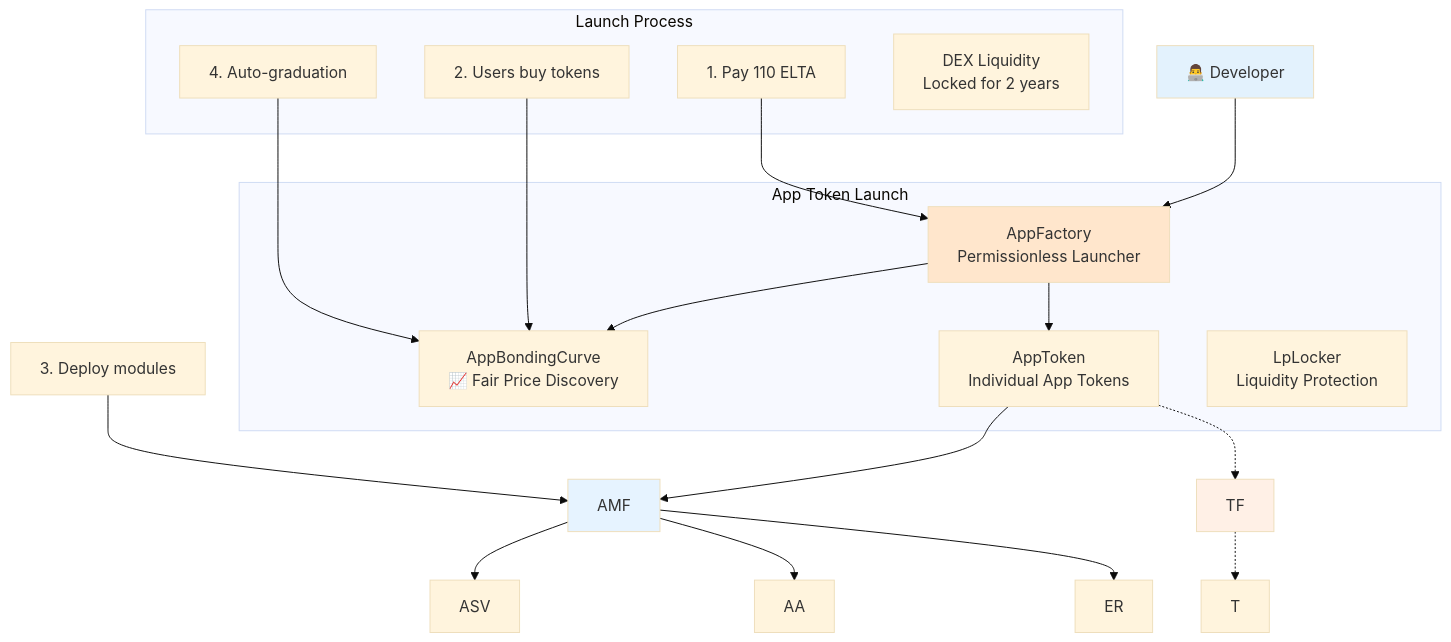
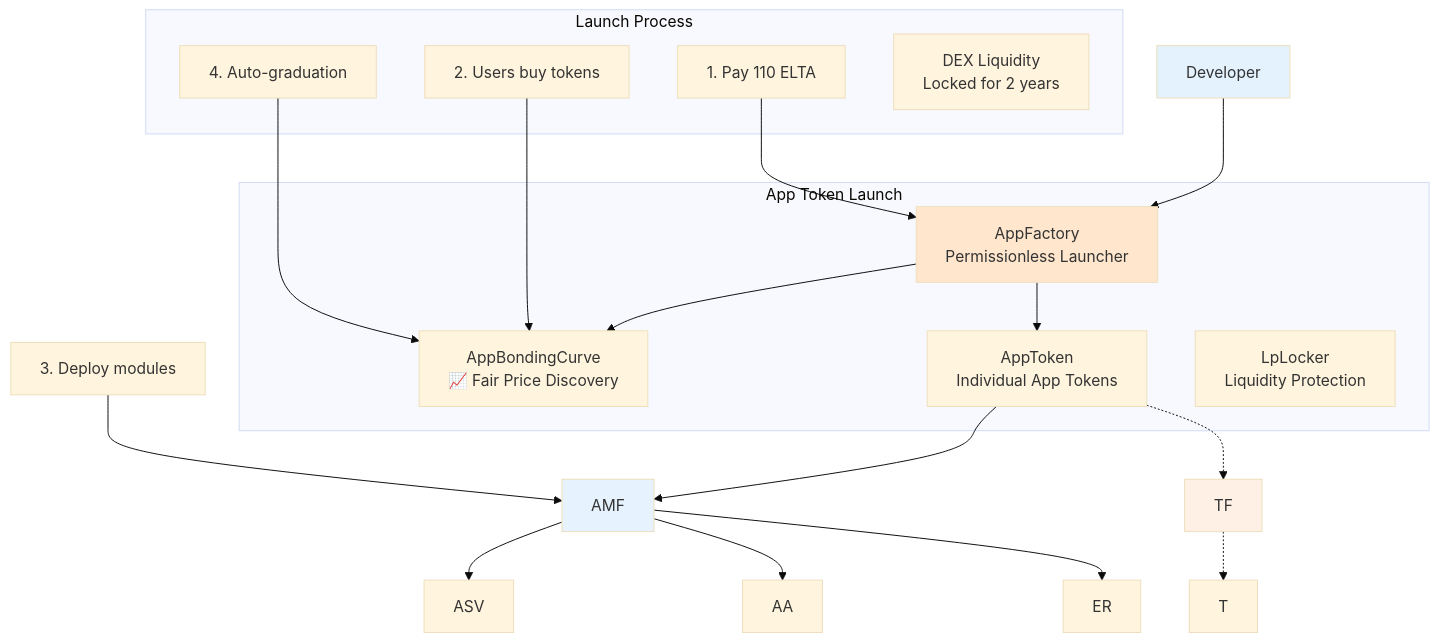
The fourth of 10 diagrams in README.md (Elata-Biosciences/elata-protocol), drawn with Mermaid (base theme) before and after one commit. The commit also changed other lines of this file and 41 other files, not shown here.

````diff
--- a/README.md
+++ b/README.md
@@ -173,36 +173,36 @@
 ```mermaid
 graph TD
     subgraph "App Token Launch"
         AF[AppFactory<br/> Permissionless Launcher]
         ABC[AppBondingCurve<br/>📈 Fair Price Discovery]
         AT[AppToken<br/> Individual App Tokens]
         LL[LpLocker<br/> Liquidity Protection]
     end
     
     subgraph "Launch Process"
         CREATE[Developer Creates App<br/> Stakes 100 ELTA]
         CURVE[Bonding Curve Sale<br/> Price increases with demand]
-        GRADUATE[Auto-Graduation<br/>🎓 At 42k ELTA raised]
+        GRADUATE[Auto-Graduation<br/>At 42k ELTA raised]
         LIQUIDITY[DEX Liquidity<br/> Locked for 2 years]
     end
     
-    Developer[👨‍💻 Developer] --> AF
+    Developer[Developer] --> AF
     AF --> AT
     AF --> ABC
     AT --> AMF
     AMF --> ASV
     AMF --> AA
     AMF --> ER
     AT -.-> TF
     TF -.-> T
     
     CREATE[1. Pay 110 ELTA] --> AF
     CURVE[2. Users buy tokens] --> ABC
     MODULES[3. Deploy modules] --> AMF
     GRADUATE[4. Auto-graduation] --> ABC
     
     style Developer fill:#e3f2fd
     style AF fill:#ffe6cc
     style AMF fill:#e6f3ff
     style TF fill:#fff0e6
 ```
````
